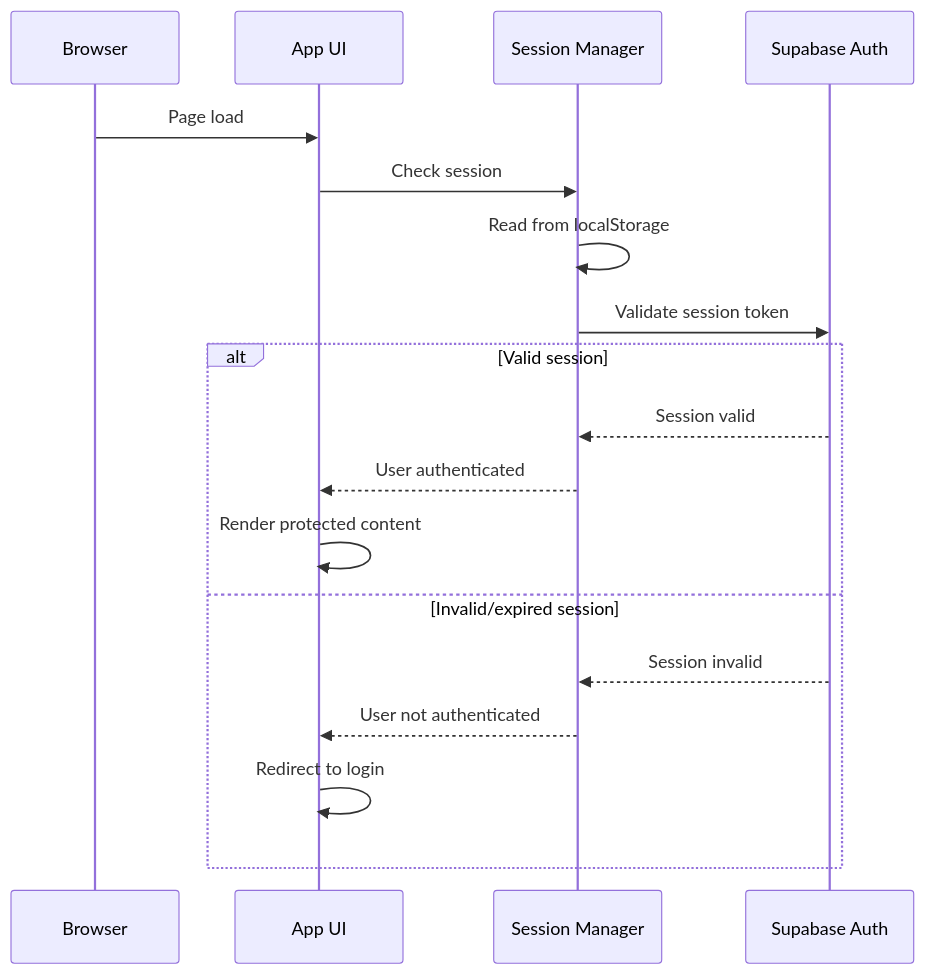
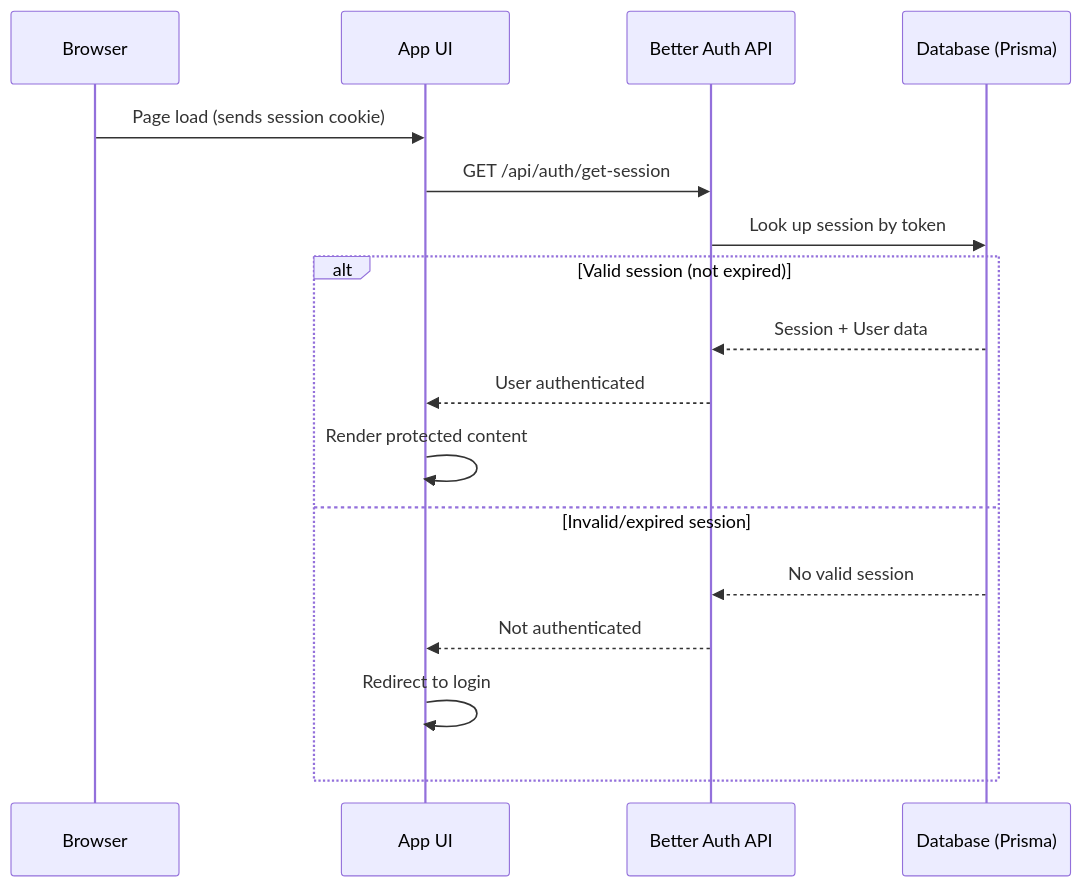
The third of 3 diagrams in specs/user-authentication/design.md (ahmadfadhil621/e-kost), drawn with Mermaid before and after one commit. The commit also changed other lines of this file and 19 other files, not shown here.

First line of the commit message:
docs: replace Supabase Auth with Better Auth across all specs

````diff
--- a/specs/user-authentication/design.md
+++ b/specs/user-authentication/design.md
@@ -60,21 +57,20 @@
 ```mermaid
 sequenceDiagram
     participant B as Browser
     participant UI as App UI
-    participant SM as Session Manager
-    participant SA as Supabase Auth
+    participant BA as Better Auth API
+    participant DB as Database (Prisma)
     
-    B->>UI: Page load
-    UI->>SM: Check session
-    SM->>SM: Read from localStorage
-    SM->>SA: Validate session token
-    alt Valid session
-        SA-->>SM: Session valid
-        SM-->>UI: User authenticated
+    B->>UI: Page load (sends session cookie)
+    UI->>BA: GET /api/auth/get-session
+    BA->>DB: Look up session by token
+    alt Valid session (not expired)
+        DB-->>BA: Session + User data
+        BA-->>UI: User authenticated
         UI->>UI: Render protected content
     else Invalid/expired session
-        SA-->>SM: Session invalid
-        SM-->>UI: User not authenticated
+        DB-->>BA: No valid session
+        BA-->>UI: Not authenticated
         UI->>UI: Redirect to login
     end
 ```
````
